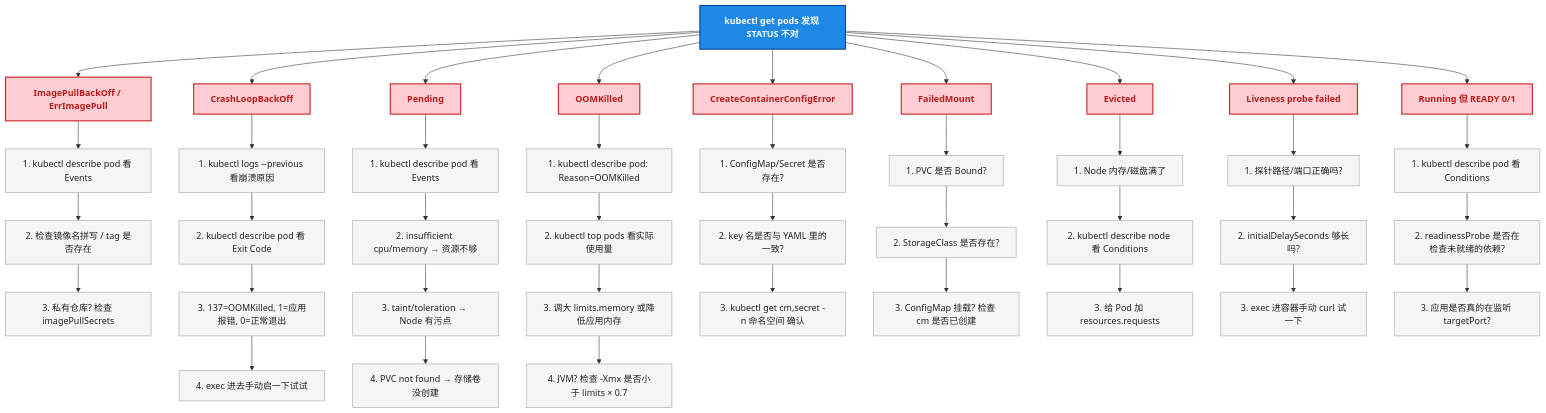
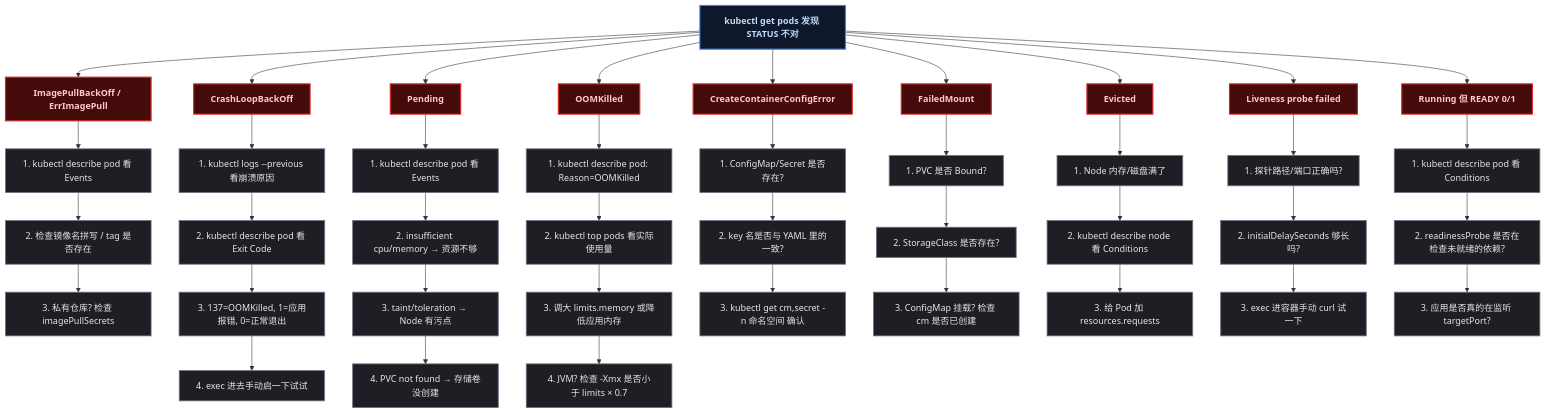
Before and after one commit to yaocat55/yaocat55.github.io: the second of 3 diagrams in content/posts/kubernetes/KubectlSurvivalManual.md, drawn with Mermaid. The commit also changed other lines of this file and 155 other files, not shown here.

````diff
--- a/content/posts/kubernetes/KubectlSurvivalManual.md
+++ b/content/posts/kubernetes/KubectlSurvivalManual.md
@@ -371,64 +371,64 @@
 ```mermaid
 flowchart TD
   START["kubectl get pods 发现 STATUS 不对"]
 
   START --> IMAGE["ImagePullBackOff / ErrImagePull"]
   START --> CRASH["CrashLoopBackOff"]
   START --> PENDING["Pending"]
   START --> OOM["OOMKilled"]
   START --> CONFIG["CreateContainerConfigError"]
   START --> MOUNT["FailedMount"]
   START --> EVICTED["Evicted"]
   START --> PROBE["Liveness probe failed"]
   START --> NOTREADY["Running 但 READY 0/1"]
 
   IMAGE --> IMG1["1. kubectl describe pod 看 Events"]
   IMG1 --> IMG2["2. 检查镜像名拼写 / tag 是否存在"]
   IMG2 --> IMG3["3. 私有仓库? 检查 imagePullSecrets"]
 
   CRASH --> CR1["1. kubectl logs --previous 看崩溃原因"]
   CR1 --> CR2["2. kubectl describe pod 看 Exit Code"]
   CR2 --> CR3["3. 137=OOMKilled, 1=应用报错, 0=正常退出"]
   CR3 --> CR4["4. exec 进去手动启一下试试"]
 
   PENDING --> PD1["1. kubectl describe pod 看 Events"]
   PD1 --> PD2["2. insufficient cpu/memory → 资源不够"]
   PD2 --> PD3["3. taint/toleration → Node 有污点"]
   PD3 --> PD4["4. PVC not found → 存储卷没创建"]
 
   OOM --> OOM1["1. kubectl describe pod: Reason=OOMKilled"]
   OOM1 --> OOM2["2. kubectl top pods 看实际使用量"]
   OOM2 --> OOM3["3. 调大 limits.memory 或降低应用内存"]
   OOM3 --> OOM4["4. JVM? 检查 -Xmx 是否小于 limits × 0.7"]
 
   CONFIG --> CFG1["1. ConfigMap/Secret 是否存在?"]
   CFG1 --> CFG2["2. key 名是否与 YAML 里的一致?"]
   CFG2 --> CFG3["3. kubectl get cm,secret -n 命名空间 确认"]
 
   MOUNT --> M1["1. PVC 是否 Bound?"]
   M1 --> M2["2. StorageClass 是否存在?"]
   M2 --> M3["3. ConfigMap 挂载? 检查 cm 是否已创建"]
 
   EVICTED --> EV1["1. Node 内存/磁盘满了"]
   EV1 --> EV2["2. kubectl describe node 看 Conditions"]
   EV2 --> EV3["3. 给 Pod 加 resources.requests"]
 
   PROBE --> PR1["1. 探针路径/端口正确吗?"]
   PR1 --> PR2["2. initialDelaySeconds 够长吗?"]
   PR2 --> PR3["3. exec 进容器手动 curl 试一下"]
 
   NOTREADY --> NR1["1. kubectl describe pod 看 Conditions"]
   NR1 --> NR2["2. readinessProbe 是否在检查未就绪的依赖?"]
   NR2 --> NR3["3. 应用是否真的在监听 targetPort?"]
 
-  classDef start fill:#1E88E5,stroke:#0D47A1,stroke-width:2px,color:#FFFFFF,font-weight:bold
+classDef start fill:#0f172a,stroke:#3b82f6,stroke-width:2px,color:#bfdbfe,font-weight:bold;
   class START start
 
-  classDef problem fill:#FFCDD2,stroke:#C62828,stroke-width:2px,color:#B71C1C,font-weight:bold
+classDef problem fill:#450a0a,stroke:#dc2626,stroke-width:2px,color:#fecaca,font-weight:bold;
   class IMAGE,CRASH,PENDING,OOM,CONFIG,MOUNT,EVICTED,PROBE,NOTREADY problem
 
-  classDef step fill:#F5F5F5,stroke:#BDBDBD,stroke-width:1.5px,color:#212121
+classDef step fill:#1e1e24,stroke:#6b7280,stroke-width:1.5px,color:#e5e7eb;
   class IMG1,IMG2,IMG3,CR1,CR2,CR3,CR4,PD1,PD2,PD3,PD4 step
   class OOM1,OOM2,OOM3,OOM4,CFG1,CFG2,CFG3,M1,M2,M3 step
   class EV1,EV2,EV3,PR1,PR2,PR3,NR1,NR2,NR3 step
 ```
````
